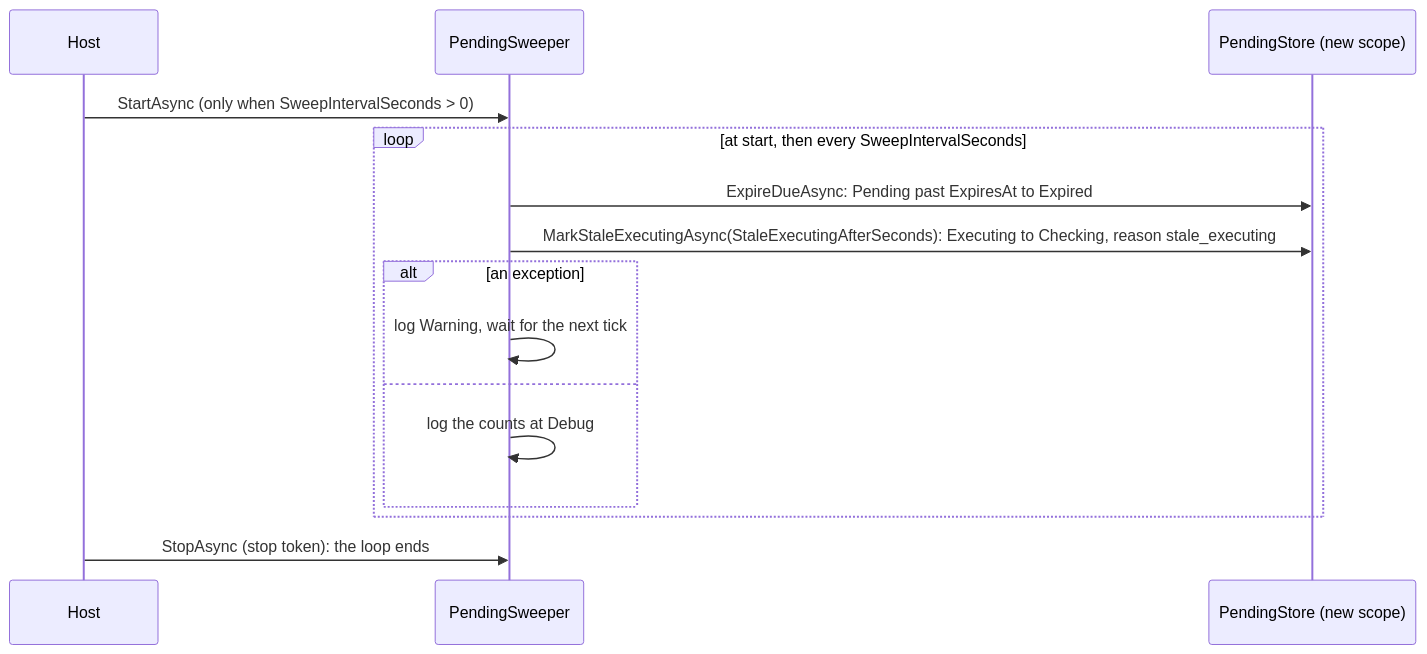
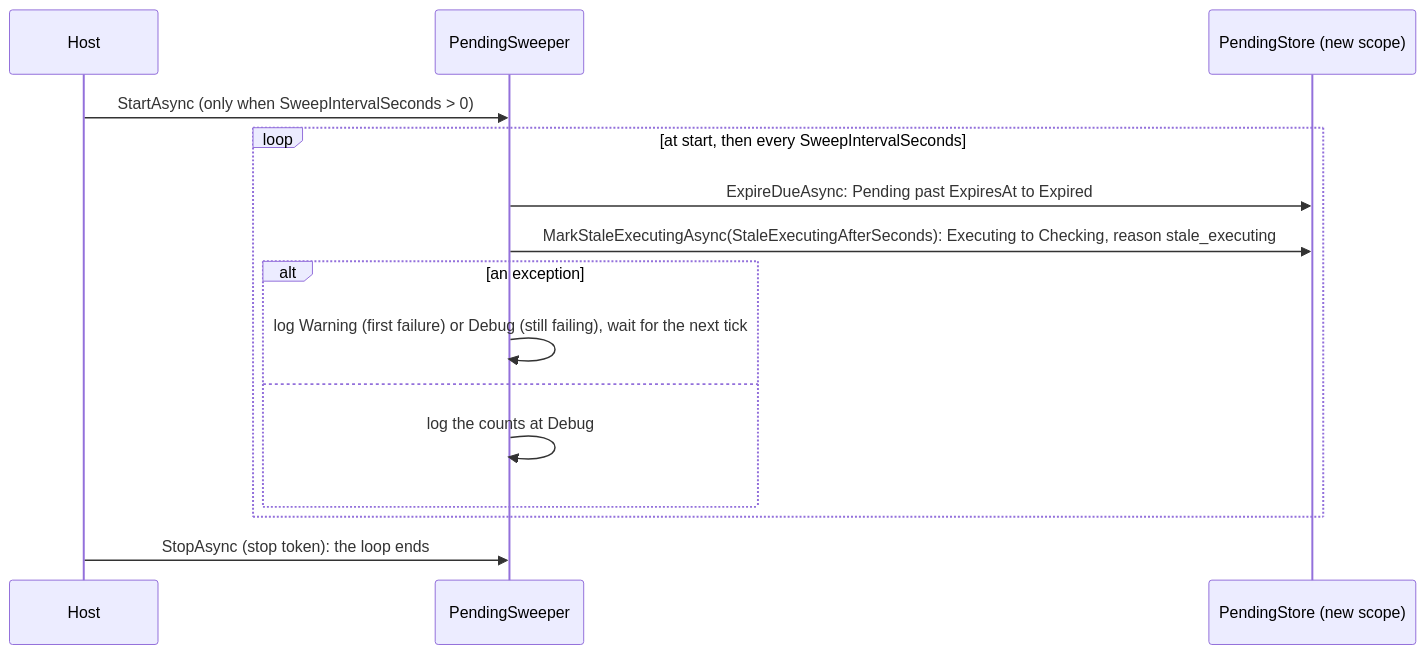
The sixth of 8 diagrams in docs/agent-core.md (Khalil-Alhadidi/Naqoli), drawn with Mermaid before and after one commit. The commit also changed other lines of this file and 7 other files, not shown here.

````diff
--- a/docs/agent-core.md
+++ b/docs/agent-core.md
@@ -249,18 +249,18 @@
 ```mermaid
 sequenceDiagram
     participant H as Host
     participant P as PendingSweeper
     participant S as PendingStore (new scope)
 
     H->>P: StartAsync (only when SweepIntervalSeconds > 0)
     loop at start, then every SweepIntervalSeconds
         P->>S: ExpireDueAsync: Pending past ExpiresAt to Expired
         P->>S: MarkStaleExecutingAsync(StaleExecutingAfterSeconds): Executing to Checking, reason stale_executing
         alt an exception
-            P->>P: log Warning, wait for the next tick
+            P->>P: log Warning (first failure) or Debug (still failing), wait for the next tick
         else
             P->>P: log the counts at Debug
         end
     end
     H->>P: StopAsync (stop token): the loop ends
 ```
````
